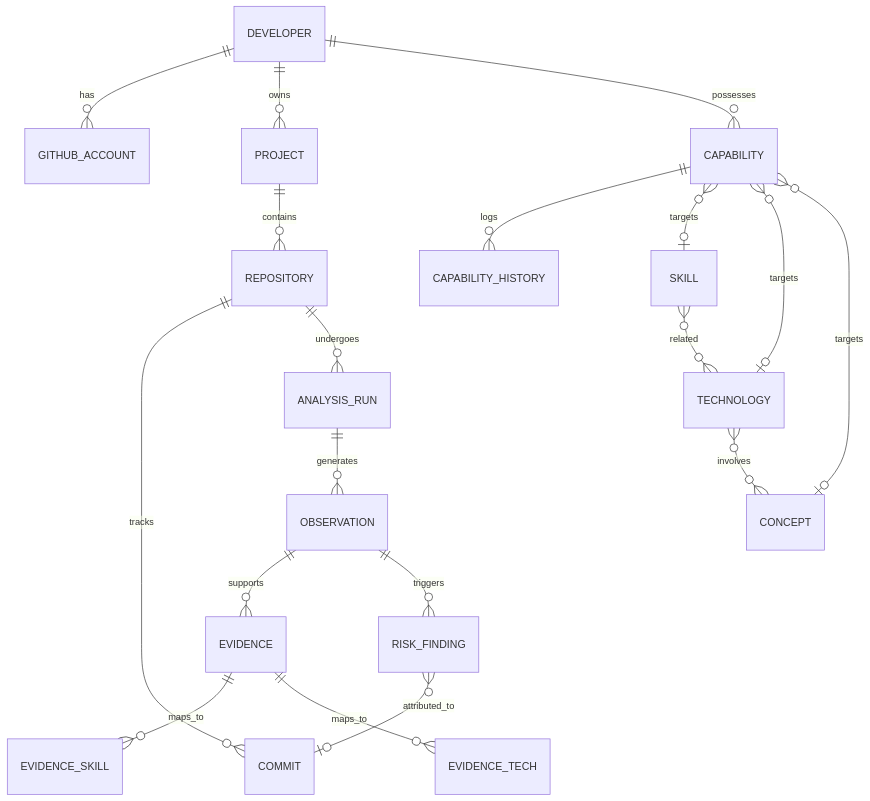
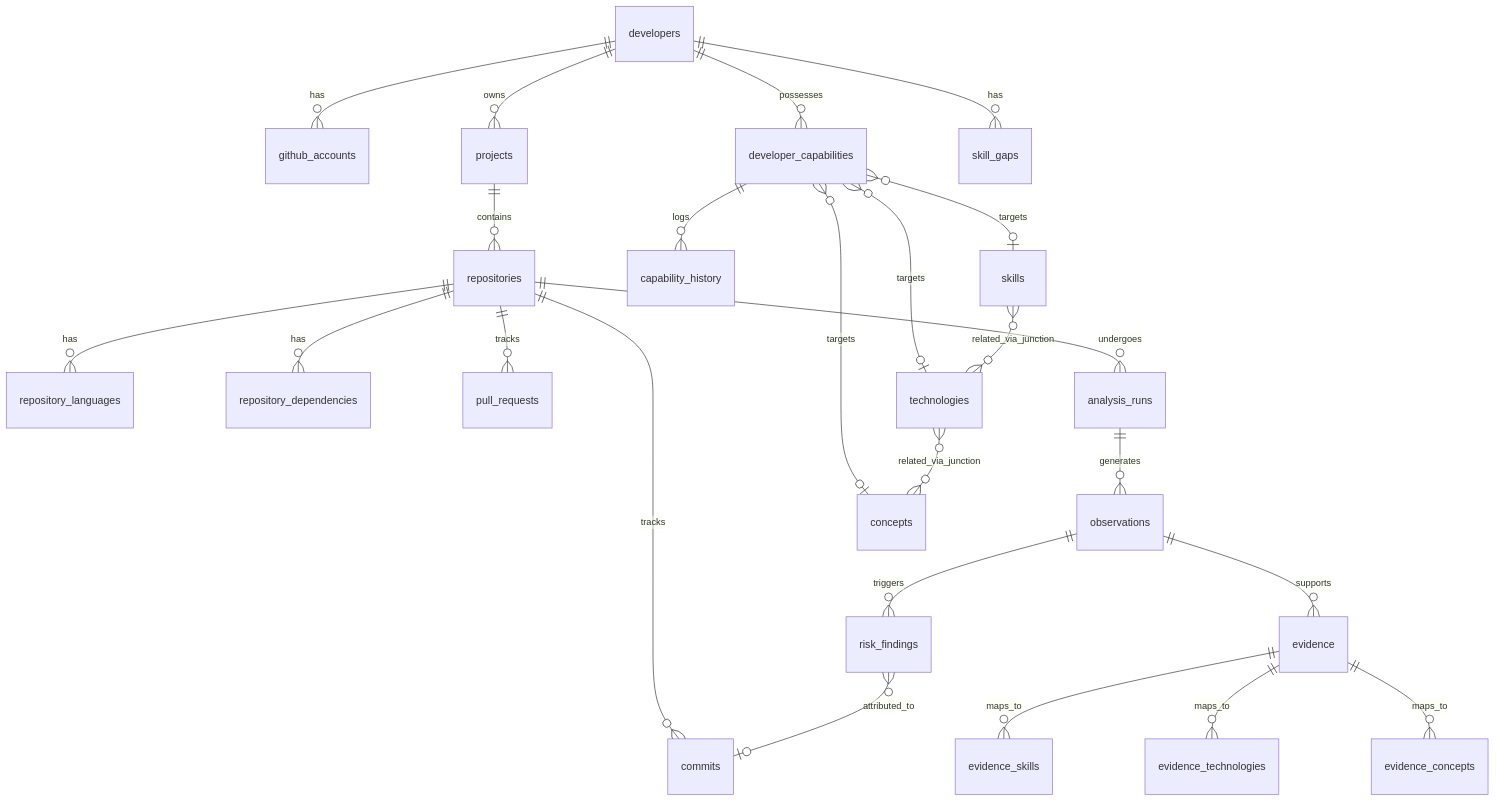
The diagram in docs/11_DATABASE_SCHEMA.md (praveen-89/DevTwin-AI-Powered-Developer-Capability-Intelligence-Platform), drawn with Mermaid before and after one commit. The commit also changed other lines of this file and 6 other files, not shown here.

````diff
--- a/docs/11_DATABASE_SCHEMA.md
+++ b/docs/11_DATABASE_SCHEMA.md
@@ -10,28 +12,33 @@
 ```mermaid
 erDiagram
-    DEVELOPER ||--o{ GITHUB_ACCOUNT : has
-    DEVELOPER ||--o{ PROJECT : owns
-    PROJECT ||--o{ REPOSITORY : contains
+    developers ||--o{ github_accounts : has
+    developers ||--o{ projects : owns
+    projects ||--o{ repositories : contains
     
-    REPOSITORY ||--o{ COMMIT : tracks
-    REPOSITORY ||--o{ ANALYSIS_RUN : undergoes
+    repositories ||--o{ repository_languages : has
+    repositories ||--o{ repository_dependencies : has
+    repositories ||--o{ commits : tracks
+    repositories ||--o{ pull_requests : tracks
+    repositories ||--o{ analysis_runs : undergoes
     
-    ANALYSIS_RUN ||--o{ OBSERVATION : generates
-    OBSERVATION ||--o{ EVIDENCE : supports
-    OBSERVATION ||--o{ RISK_FINDING : triggers
+    analysis_runs ||--o{ observations : generates
+    observations ||--o{ evidence : supports
+    observations ||--o{ risk_findings : triggers
     
-    RISK_FINDING }o--o| COMMIT : attributed_to
+    risk_findings }o--o| commits : attributed_to
     
-    EVIDENCE ||--o{ EVIDENCE_SKILL : maps_to
-    EVIDENCE ||--o{ EVIDENCE_TECH : maps_to
+    evidence ||--o{ evidence_skills : maps_to
+    evidence ||--o{ evidence_technologies : maps_to
+    evidence ||--o{ evidence_concepts : maps_to
     
-    DEVELOPER ||--o{ CAPABILITY : possesses
-    CAPABILITY ||--o{ CAPABILITY_HISTORY : logs
+    developers ||--o{ developer_capabilities : possesses
+    developer_capabilities ||--o{ capability_history : logs
+    developers ||--o{ skill_gaps : has
     
-    CAPABILITY }o--o| SKILL : targets
-    CAPABILITY }o--o| TECHNOLOGY : targets
-    CAPABILITY }o--o| CONCEPT : targets
+    developer_capabilities }o--o| skills : targets
+    developer_capabilities }o--o| technologies : targets
+    developer_capabilities }o--o| concepts : targets
     
-    SKILL }o--o{ TECHNOLOGY : related
-    TECHNOLOGY }o--o{ CONCEPT : involves
+    skills }o--o{ technologies : related_via_junction
+    technologies }o--o{ concepts : related_via_junction
 ```
````
